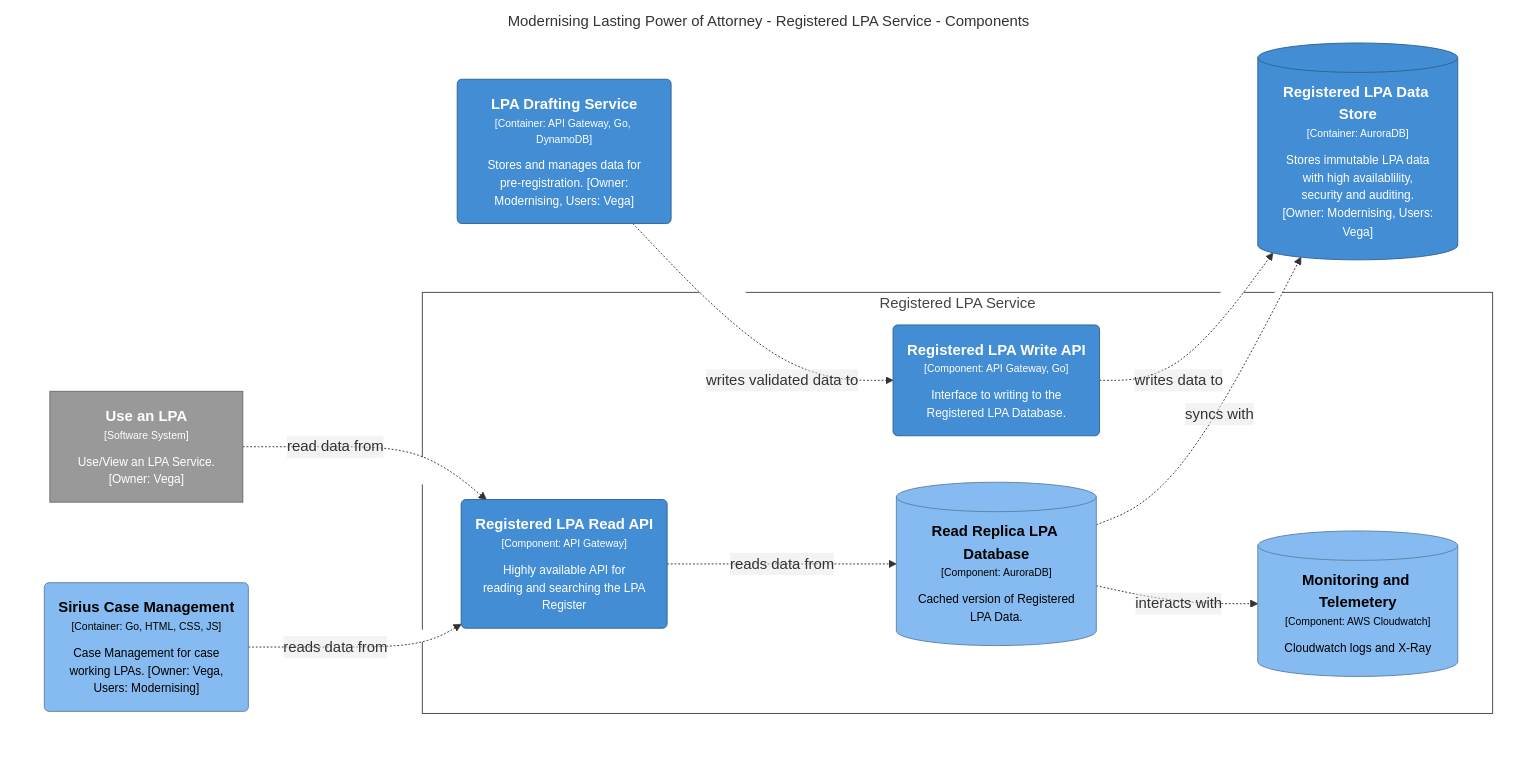
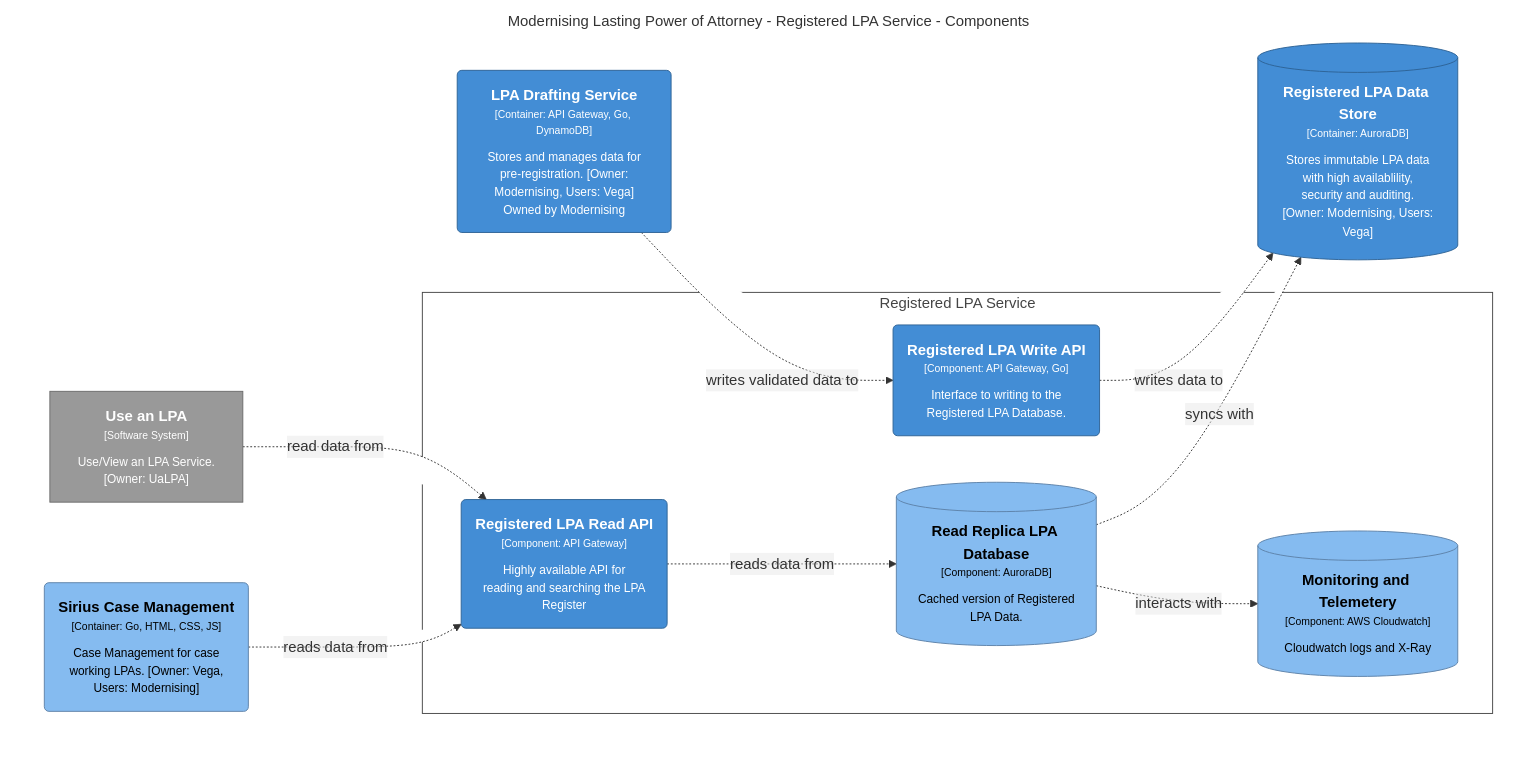
One commit to ministryofjustice/opg-modernising-lpa changed the diagram in docs/architecture/dsl/mlpa/structurizr-1-mlpaOpgRegisterWriteAPIComponents.mmd. Above: the diagram before and after it, drawn with Mermaid. The commit also changed 5 other files, not shown here.

Commit message:
Update mermaid files

```diff
--- a/docs/architecture/dsl/mlpa/structurizr-1-mlpaOpgRegisterWriteAPIComponents.mmd
+++ b/docs/architecture/dsl/mlpa/structurizr-1-mlpaOpgRegisterWriteAPIComponents.mmd
@@ -1,36 +1,36 @@
 graph TB
   linkStyle default fill:#ffffff
 
   subgraph diagram [Modernising Lasting Power of Attorney - Registered LPA Service - Components]
     style diagram fill:#ffffff,stroke:#ffffff
 
-    36["<div style='font-weight: bold'>Use an LPA</div><div style='font-size: 70%; margin-top: 0px'>[Software System]</div><div style='font-size: 80%; margin-top:10px'>Use/View an LPA Service.<br />[Owner: Vega]</div>"]
+    36["<div style='font-weight: bold'>Use an LPA</div><div style='font-size: 70%; margin-top: 0px'>[Software System]</div><div style='font-size: 80%; margin-top:10px'>Use/View an LPA Service.<br />[Owner: UaLPA]</div>"]
     style 36 fill:#999999,stroke:#6b6b6b,color:#ffffff
+    26("<div style='font-weight: bold'>Sirius Case Management</div><div style='font-size: 70%; margin-top: 0px'>[Container: Go, HTML, CSS, JS]</div><div style='font-size: 80%; margin-top:10px'>Case Management for case<br />working LPAs. [Owner: Vega,<br />Users: Modernising]</div>")
+    style 26 fill:#85bbf0,stroke:#5d82a8,color:#000000
     15[("<div style='font-weight: bold'>Registered LPA Data Store</div><div style='font-size: 70%; margin-top: 0px'>[Container: AuroraDB]</div><div style='font-size: 80%; margin-top:10px'>Stores immutable LPA data<br />with high availablility,<br />security and auditing.<br />[Owner: Modernising, Users:<br />Vega]</div>")]
     style 15 fill:#438dd5,stroke:#2e6295,color:#ffffff
-    26("<div style='font-weight: bold'>Sirius Case Management</div><div style='font-size: 70%; margin-top: 0px'>[Container: Go, HTML, CSS, JS]</div><div style='font-size: 80%; margin-top:10px'>Case Management for case<br />working LPAs. [Owner: Vega,<br />Users: Modernising]</div>")
-    style 26 fill:#85bbf0,stroke:#5d82a8,color:#000000
-    8("<div style='font-weight: bold'>LPA Drafting Service</div><div style='font-size: 70%; margin-top: 0px'>[Container: API Gateway, Go, DynamoDB]</div><div style='font-size: 80%; margin-top:10px'>Stores and manages data for<br />pre-registration. [Owner:<br />Modernising, Users: Vega]</div>")
+    8("<div style='font-weight: bold'>LPA Drafting Service</div><div style='font-size: 70%; margin-top: 0px'>[Container: API Gateway, Go, DynamoDB]</div><div style='font-size: 80%; margin-top:10px'>Stores and manages data for<br />pre-registration. [Owner:<br />Modernising, Users: Vega]<br />Owned by Modernising</div>")
     style 8 fill:#438dd5,stroke:#2e6295,color:#ffffff
 
     subgraph 18 [Registered LPA Service]
       style 18 fill:#ffffff,stroke:#444444,color:#444444
 
       19("<div style='font-weight: bold'>Registered LPA Read API</div><div style='font-size: 70%; margin-top: 0px'>[Component: API Gateway]</div><div style='font-size: 80%; margin-top:10px'>Highly available API for<br />reading and searching the LPA<br />Register</div>")
       style 19 fill:#438dd5,stroke:#2e6295,color:#ffffff
       20("<div style='font-weight: bold'>Registered LPA Write API</div><div style='font-size: 70%; margin-top: 0px'>[Component: API Gateway, Go]</div><div style='font-size: 80%; margin-top:10px'>Interface to writing to the<br />Registered LPA Database.</div>")
       style 20 fill:#438dd5,stroke:#2e6295,color:#ffffff
       21[("<div style='font-weight: bold'>Read Replica LPA Database</div><div style='font-size: 70%; margin-top: 0px'>[Component: AuroraDB]</div><div style='font-size: 80%; margin-top:10px'>Cached version of Registered<br />LPA Data.</div>")]
       style 21 fill:#85bbf0,stroke:#5d82a8,color:#000000
       22[("<div style='font-weight: bold'>Monitoring and Telemetery</div><div style='font-size: 70%; margin-top: 0px'>[Component: AWS Cloudwatch]</div><div style='font-size: 80%; margin-top:10px'>Cloudwatch logs and X-Ray</div>")]
       style 22 fill:#85bbf0,stroke:#5d82a8,color:#000000
     end
 
     8-. "<div>writes validated data to</div><div style='font-size: 70%'></div>" .->20
     36-. "<div>read data from</div><div style='font-size: 70%'></div>" .->19
     20-. "<div>writes data to</div><div style='font-size: 70%'></div>" .->15
     19-. "<div>reads data from</div><div style='font-size: 70%'></div>" .->21
     21-. "<div>interacts with</div><div style='font-size: 70%'></div>" .->22
     21-. "<div>syncs with</div><div style='font-size: 70%'></div>" .->15
     26-. "<div>reads data from</div><div style='font-size: 70%'></div>" .->19
   end
```
